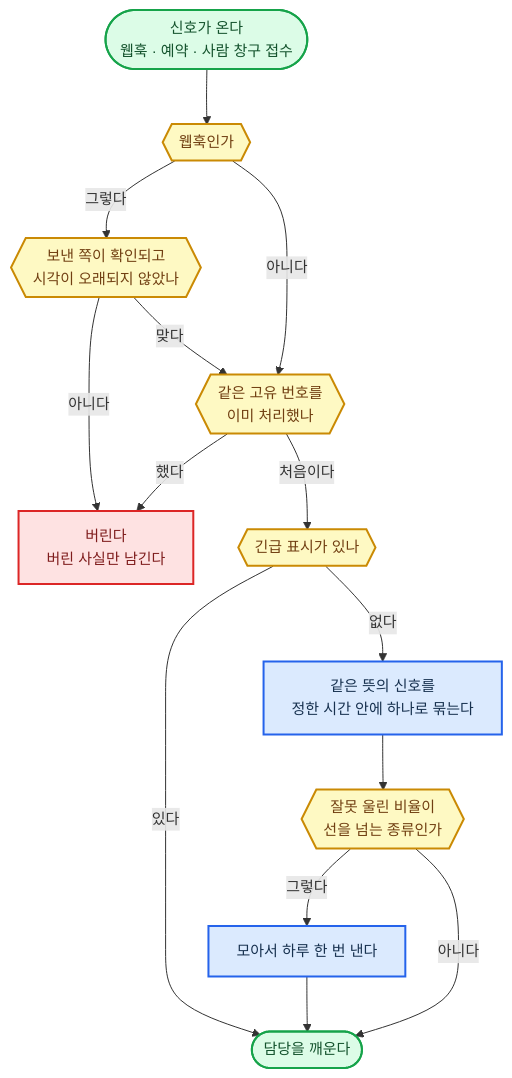
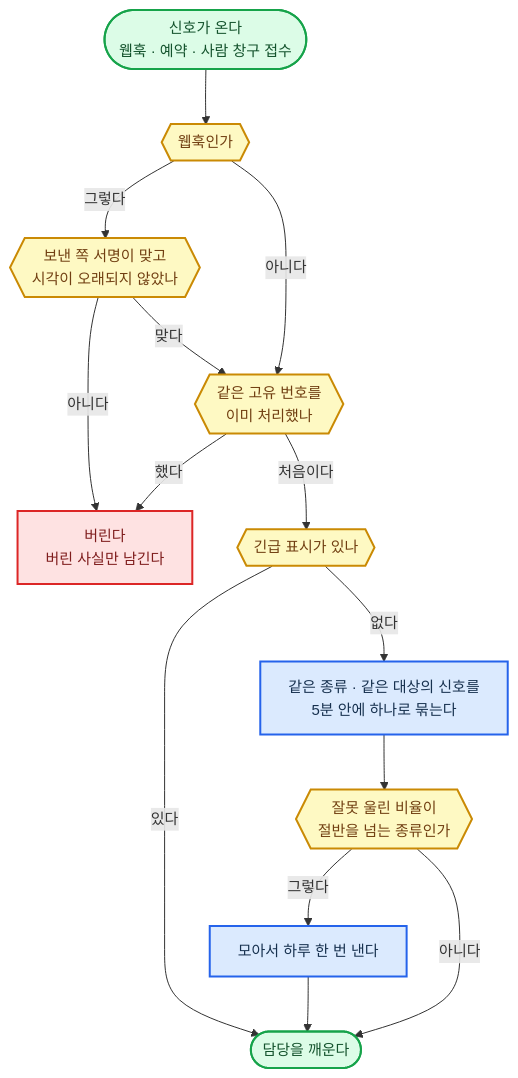
One commit to harisbaguette/expert changed the fifth of 14 diagrams in 전문가 에이전트 정의 2.md. Above: the diagram before and after it, drawn with Mermaid. The commit also changed other lines of this file, not shown here.

````diff
--- a/전문가 에이전트 정의 2.md
+++ b/전문가 에이전트 정의 2.md
@@ -673,29 +687,29 @@
 ```mermaid
 %%{init: {"flowchart": {"wrappingWidth": 640, "curve": "basis", "nodeSpacing": 45, "rankSpacing": 55, "padding": 14, "useMaxWidth": true}, "themeVariables": {"fontSize": "15px"}} }%%
 flowchart TB
     IN(["신호가 온다<br/>웹훅 · 예약 · 사람 창구 접수"]):::good
     W{{"웹훅인가"}}:::note
-    V{{"보낸 쪽이 확인되고<br/>시각이 오래되지 않았나"}}:::note
+    V{{"보낸 쪽 서명이 맞고<br/>시각이 오래되지 않았나"}}:::note
     X["버린다<br/>버린 사실만 남긴다"]:::stop
     K{{"같은 고유 번호를<br/>이미 처리했나"}}:::note
     E{{"긴급 표시가 있나"}}:::note
-    G["같은 뜻의 신호를<br/>정한 시간 안에 하나로 묶는다"]:::main
-    F{{"잘못 울린 비율이<br/>선을 넘는 종류인가"}}:::note
+    G["같은 종류 · 같은 대상의 신호를<br/>5분 안에 하나로 묶는다"]:::main
+    F{{"잘못 울린 비율이<br/>절반을 넘는 종류인가"}}:::note
     B["모아서 하루 한 번 낸다"]:::main
     OUT(["담당을 깨운다"]):::good
     IN --> W
     W -- "그렇다" --> V
     W -- "아니다" --> K
     V -- "아니다" --> X
     V -- "맞다" --> K
     K -- "했다" --> X
     K -- "처음이다" --> E
     E -- "있다" --> OUT
     E -- "없다" --> G --> F
     F -- "그렇다" --> B --> OUT
     F -- "아니다" --> OUT
     classDef good fill:#dcfce7,stroke:#16a34a,stroke-width:2px,color:#14532d
     classDef note fill:#fef9c3,stroke:#ca8a04,stroke-width:2px,color:#713f12
     classDef stop fill:#fee2e2,stroke:#dc2626,stroke-width:2px,color:#7f1d1d
     classDef main fill:#dbeafe,stroke:#2563eb,stroke-width:2px,color:#17314f
 ```
````
